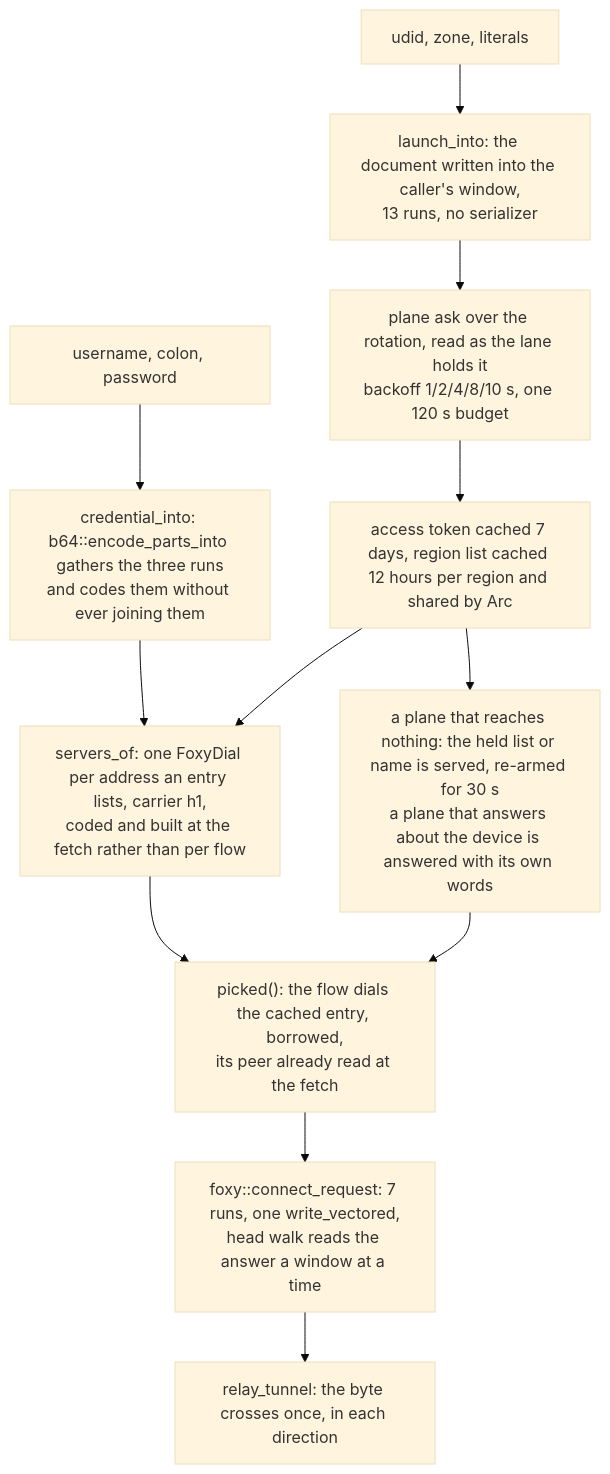
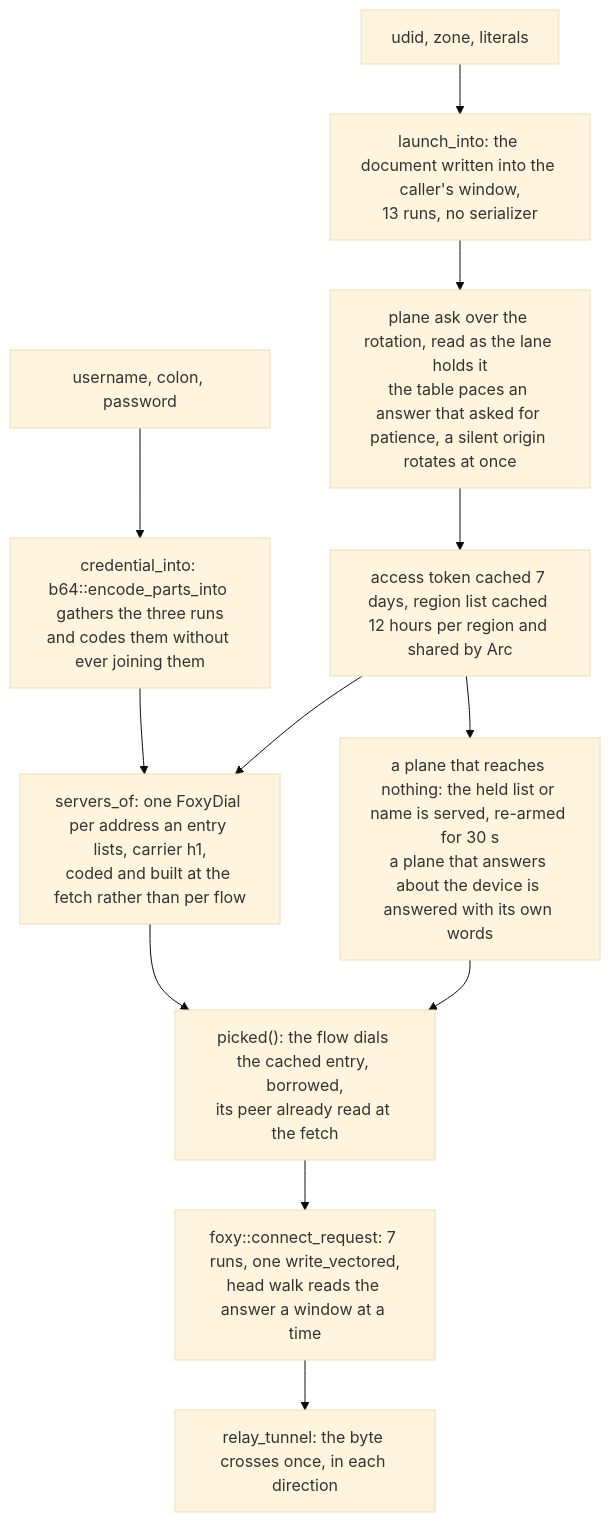
The diagram in docs/function/carrier-veepn.md (Ferrocite/ferrox), drawn with Mermaid (base theme) before and after one commit. The commit also changed other lines of this file and 3 other files, not shown here.

First line of the commit message:
veepn: the walk pauses for a plane that asked for patience, not for a dead origin

````diff
--- a/docs/function/carrier-veepn.md
+++ b/docs/function/carrier-veepn.md
@@ -7,14 +7,14 @@
 ```mermaid
 graph TD
     A["udid, zone, literals"] --> B["launch_into: the document written into the caller's window,<br/>13 runs, no serializer"]
     C["username, colon, password"] --> D["credential_into: b64::encode_parts_into gathers the three runs<br/>and codes them without ever joining them"]
-    B --> E["plane ask over the rotation, read as the lane holds it<br/>backoff 1/2/4/8/10 s, one 120 s budget"]
+    B --> E["plane ask over the rotation, read as the lane holds it<br/>the table paces an answer that asked for patience, a silent origin rotates at once"]
     E --> F["access token cached 7 days, region list cached 12 hours per region and shared by Arc"]
     F --> J["a plane that reaches nothing: the held list or name is served, re-armed for 30 s<br/>a plane that answers about the device is answered with its own words"]
     D --> G["servers_of: one FoxyDial per address an entry lists, carrier h1,<br/>coded and built at the fetch rather than per flow"]
     F --> G
     G --> P["picked(): the flow dials the cached entry, borrowed,<br/>its peer already read at the fetch"]
     J --> P
     P --> H["foxy::connect_request: 7 runs, one write_vectored,<br/>head walk reads the answer a window at a time"]
     H --> I["relay_tunnel: the byte crosses once, in each direction"]
 ```
````
